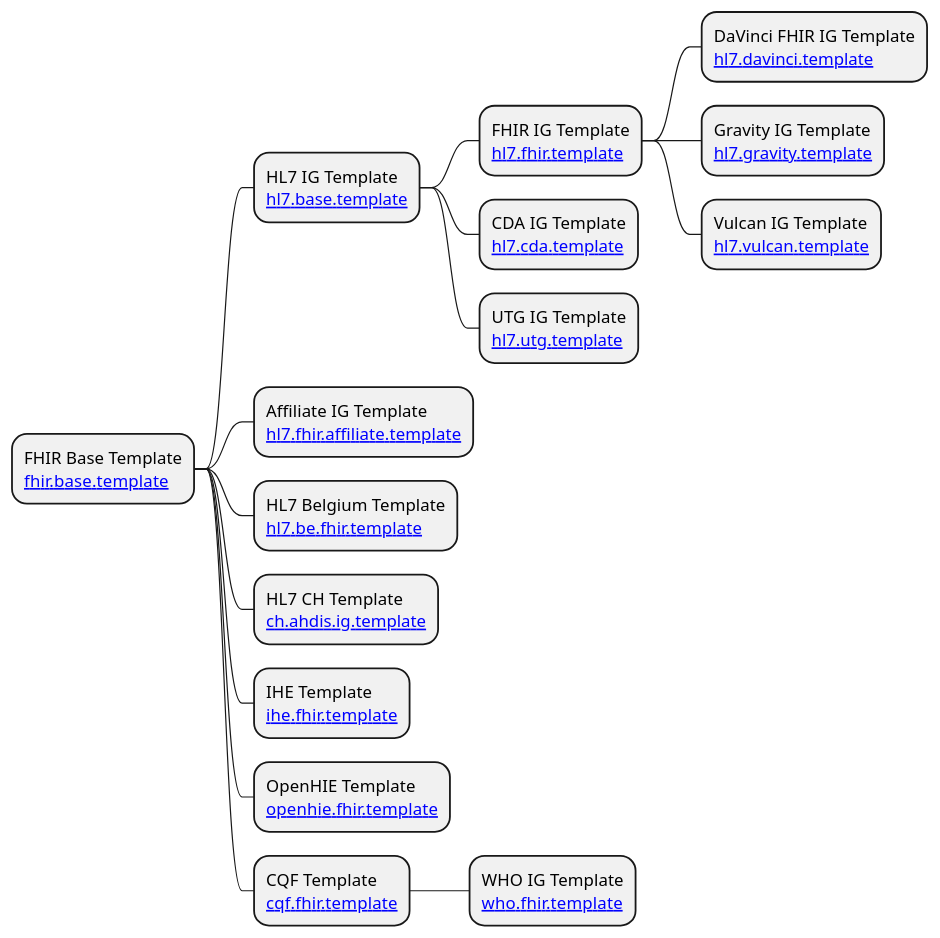
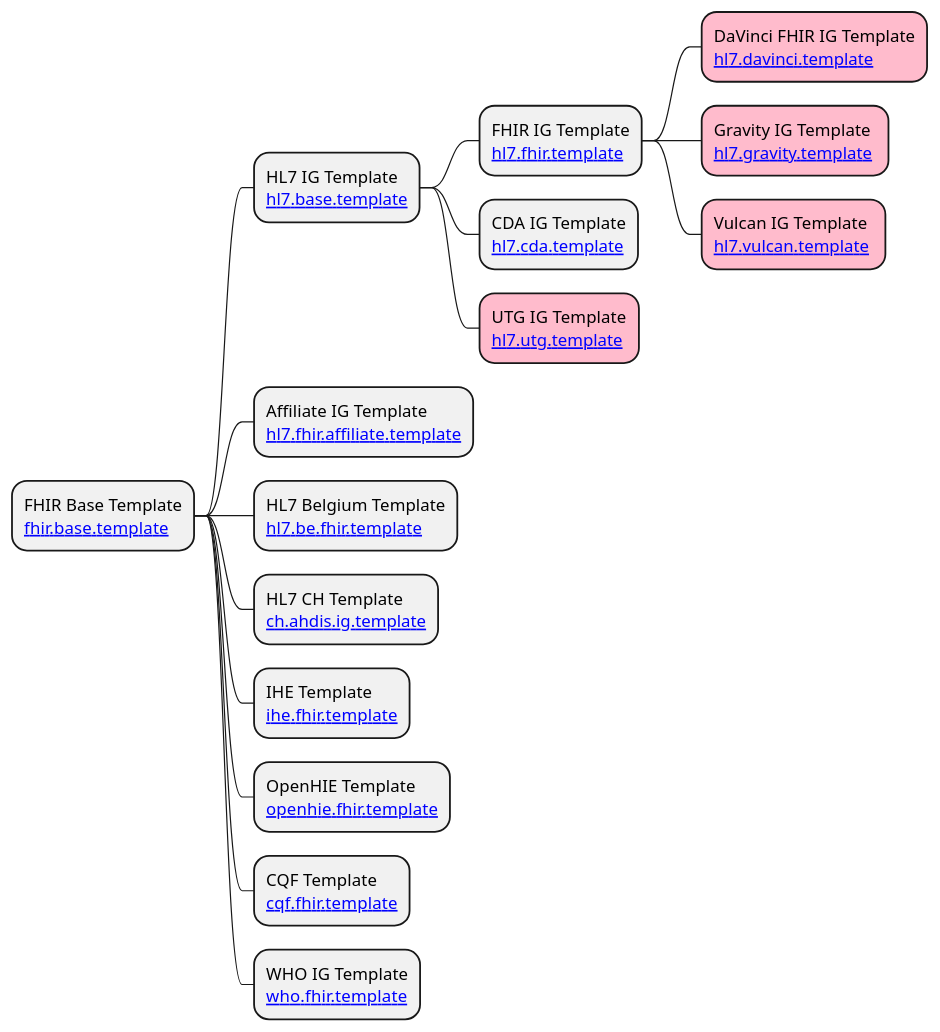
The diagram in templates.pu (costateixeira/ig_templates), drawn with PlantUML before and after one commit.

```diff
--- a/templates.pu
+++ b/templates.pu
@@ -1,18 +1,32 @@
 @startmindmap
+<style>
+mindmapDiagram {
+  .green {
+    BackgroundColor lightgreen
+  }
+  .rose {
+    BackgroundColor #FFBBCC
+  }
+  .your_style_name {
+    BackgroundColor lightblue
+  }
+}
+</style>
+
 * FHIR Base Template\n[[https://github.com/HL7/ig-template-base{https://github.com/HL7/ig-template-base} fhir.base.template]]
 ** HL7 IG Template\n[[https://github.com/HL7/ig-template-hl7{https://github.com/HL7/ig-template-hl7} hl7.base.template]]
 *** FHIR IG Template\n[[https://github.com/HL7/ig-template-fhir{https://github.com/HL7/ig-template-fhir} hl7.fhir.template]]
-**** DaVinci FHIR IG Template\n[[https://github.com/HL7/ig-template-davinci{https://github.com/HL7/ig-template-davinci} hl7.davinci.template]]
-**** Gravity IG Template\n[[https://github.com/HL7/ig-template-gravity{https://github.com/HL7/ig-template-gravity} hl7.gravity.template]]
-**** Vulcan IG Template\n[[https://github.com/HL7/ig-template-vulcan{https://github.com/HL7/ig-template-vulcan} hl7.vulcan.template]]
+**** DaVinci FHIR IG Template\n[[https://github.com/HL7/ig-template-davinci{https://github.com/HL7/ig-template-davinci} hl7.davinci.template]] <<rose>>
+**** Gravity IG Template\n[[https://github.com/HL7/ig-template-gravity{https://github.com/HL7/ig-template-gravity} hl7.gravity.template]] <<rose>>
+**** Vulcan IG Template\n[[https://github.com/HL7/ig-template-vulcan{https://github.com/HL7/ig-template-vulcan} hl7.vulcan.template]] <<rose>>
 *** CDA IG Template\n[[https://github.com/HL7/ig-template-cda{https://github.com/HL7/ig-template-cda} hl7.cda.template]]
-*** UTG IG Template\n[[https://github.com/HL7/ig-template-utg{https://github.com/HL7/ig-template-utg} hl7.utg.template]]
+*** UTG IG Template\n[[https://github.com/HL7/ig-template-utg{https://github.com/HL7/ig-template-utg} hl7.utg.template]] <<rose>>
 ** Affiliate IG Template\n[[https://github.com/HL7/ig-template-affiliate{https://github.com/HL7/ig-template-affiliate} hl7.fhir.affiliate.template]]
 
 ** HL7 Belgium Template\n[[https://github.com/hl7-be/hl7.be.fhir.template{https://github.com/hl7-be/hl7.be.fhir.template} hl7.be.fhir.template]]
 ** HL7 CH Template\n[[https://github.com/ahdis/ig-template{https://github.com/ahdis/ig-template} ch.ahdis.ig.template]]
 ** IHE Template\n[[https://github.com/IHE/ihe-ig-template{https://github.com/IHE/ihe-ig-template} ihe.fhir.template]]
 ** OpenHIE Template\n[[https://github.com/openhie/openhie-ig-template{https://github.com/openhie/openhie-ig-template} openhie.fhir.template]]
 ** CQF Template\n[[https://github.com/cqframework/cqf-ig-template{https://github.com/cqframework/cqf-ig-template} cqf.fhir.template]]
-*** WHO IG Template\n[[https://github.com/WorldHealthOrganization/smart-ig{https://github.com/WorldHealthOrganization/smart-ig} who.fhir.template]]
+** WHO IG Template\n[[https://github.com/WorldHealthOrganization/smart-ig{https://github.com/WorldHealthOrganization/smart-ig} who.fhir.template]]
 @endmindmap 
```
